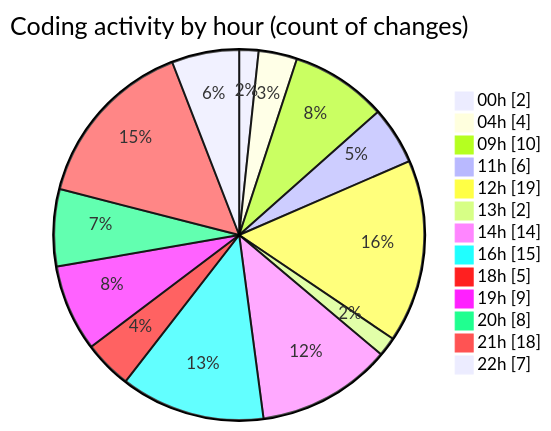
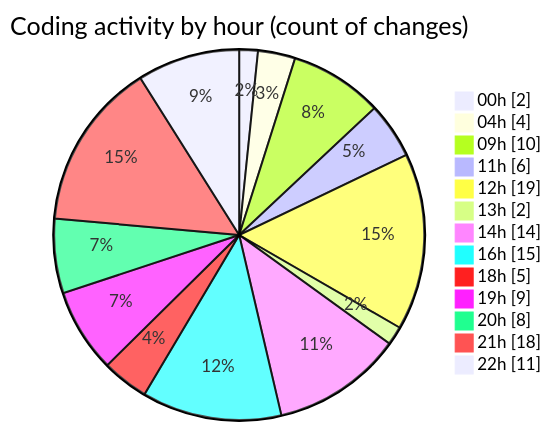
The second of 2 diagrams in 2025-10-28/eventscop-frontend-guide__workspace_/README.md (julien-gomy/code-tracking), drawn with Mermaid before and after one commit. The commit also changed other lines of this file and 1 other file, not shown here.

````diff
--- a/2025-10-28/eventscop-frontend-guide__workspace_/README.md
+++ b/2025-10-28/eventscop-frontend-guide__workspace_/README.md
@@ -70,17 +70,17 @@
 ```mermaid
 pie showData
 title Coding activity by hour (count of changes)
 "00h" : 2
 "04h" : 4
 "09h" : 10
 "11h" : 6
 "12h" : 19
 "13h" : 2
 "14h" : 14
 "16h" : 15
 "18h" : 5
 "19h" : 9
 "20h" : 8
 "21h" : 18
-"22h" : 7
+"22h" : 11
 ```
````
